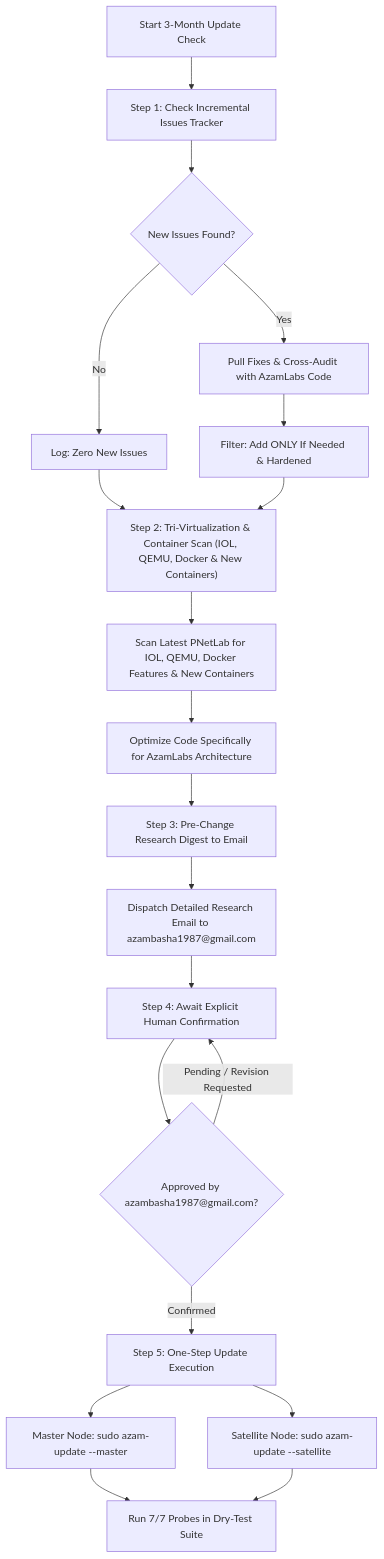
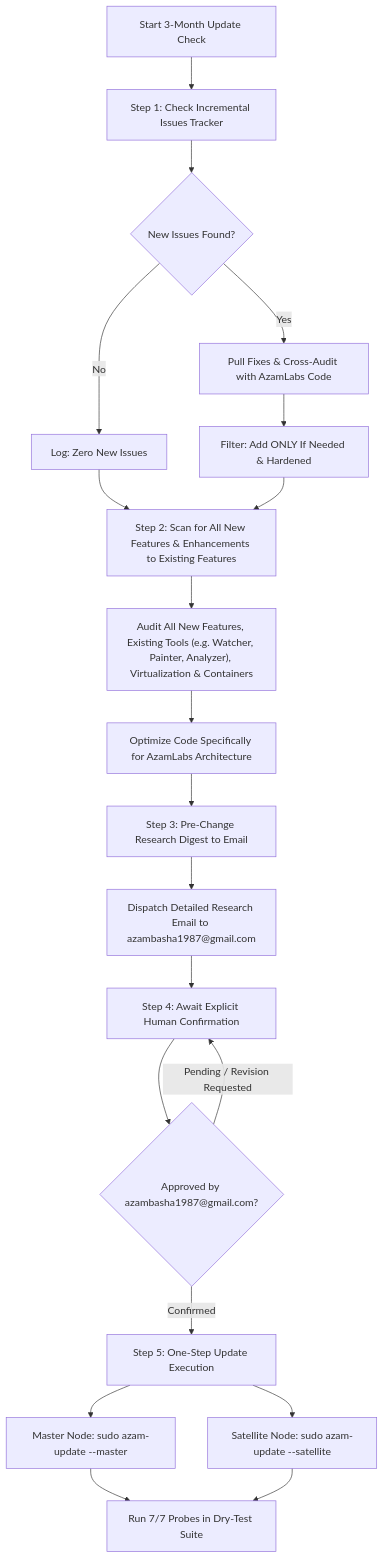
The diagram in AzamLabs/docs/3_MONTHS_UPDATE_CHECK_PLAN.md (azambasha1987/MyRepo), drawn with Mermaid before and after one commit. The commit also changed other lines of this file and 2 other files, not shown here.

Commit message:
feat: add 3-months update check plan, one-step update commands, and dry-run test suite

````diff
--- a/AzamLabs/docs/3_MONTHS_UPDATE_CHECK_PLAN.md
+++ b/AzamLabs/docs/3_MONTHS_UPDATE_CHECK_PLAN.md
@@ -47,22 +47,22 @@
 ```mermaid
 graph TD
     A["Start 3-Month Update Check"] --> B["Step 1: Check Incremental Issues Tracker"]
     B --> C{"New Issues Found?"}
     C -->|No| D["Log: Zero New Issues"]
     C -->|Yes| E["Pull Fixes & Cross-Audit with AzamLabs Code"]
     E --> F["Filter: Add ONLY If Needed & Hardened"]
-    D --> G["Step 2: Tri-Virtualization & Container Scan (IOL, QEMU, Docker & New Containers)"]
+    D --> G["Step 2: Scan for All New Features & Enhancements to Existing Features"]
     F --> G
-    G --> H["Scan Latest PNetLab for IOL, QEMU, Docker Features & New Containers"]
+    G --> H["Audit All New Features, Existing Tools (e.g. Watcher, Painter, Analyzer), Virtualization & Containers"]
     H --> I["Optimize Code Specifically for AzamLabs Architecture"]
     I --> J["Step 3: Pre-Change Research Digest to Email"]
     J --> K["Dispatch Detailed Research Email to azambasha1987@gmail.com"]
     K --> L["Step 4: Await Explicit Human Confirmation"]
     L --> M{"Approved by azambasha1987@gmail.com?"}
     M -->|Pending / Revision Requested| L
     M -->|Confirmed| N["Step 5: One-Step Update Execution"]
     N --> O["Master Node: sudo azam-update --master"]
     N --> P["Satellite Node: sudo azam-update --satellite"]
     O --> Q["Run 7/7 Probes in Dry-Test Suite"]
     P --> Q
 ```
````
